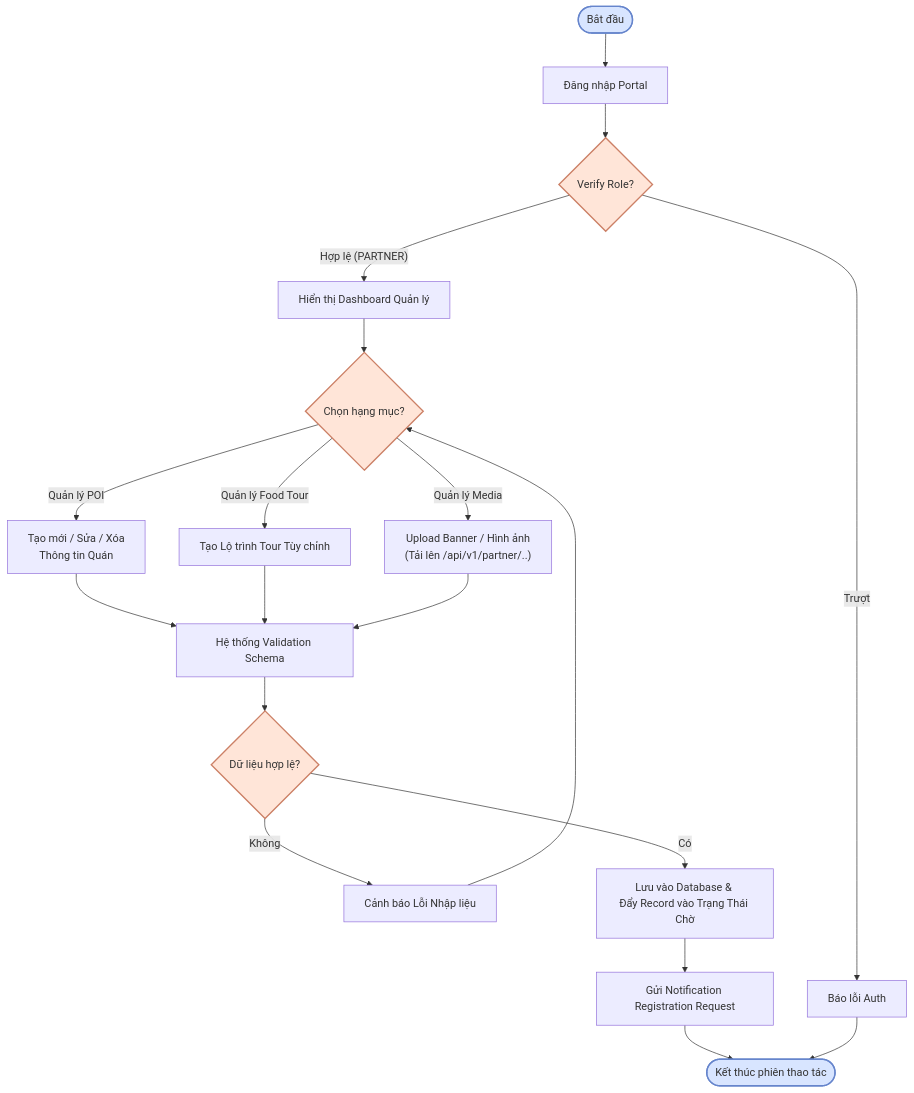
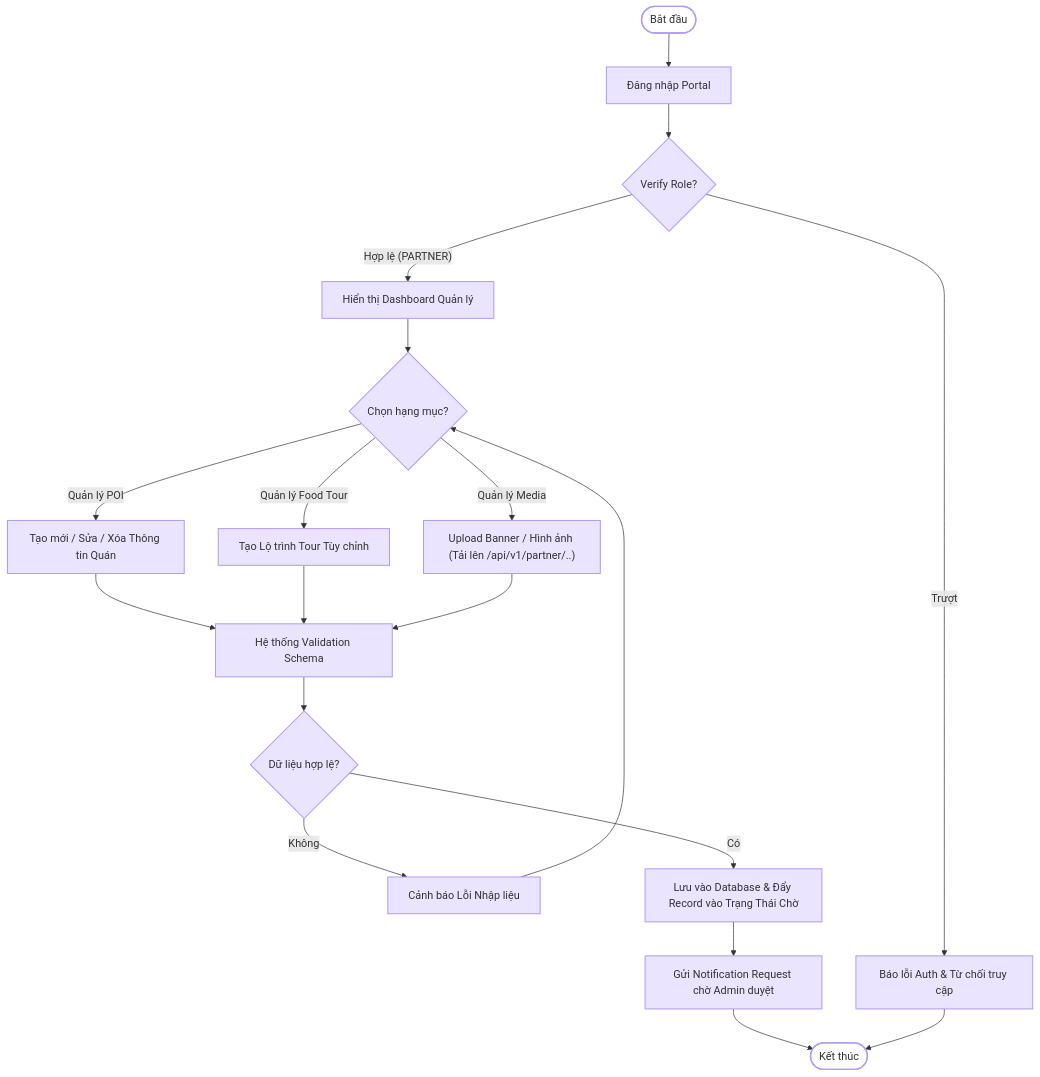
One commit to ngsouthbrother04/PhoAmThuc changed the second of 3 diagrams in docs/diagram-activity.md. Above: the diagram before and after it, drawn with Mermaid. The commit also changed other lines of this file and 3 other files, not shown here.

Commit message:
adjust diagrams

````diff
--- a/docs/diagram-activity.md
+++ b/docs/diagram-activity.md
@@ -53,32 +63,34 @@
 ```mermaid
 flowchart TD
     A([Bắt đầu]) --> B["Đăng nhập Portal"]
     B --> C{"Verify Role?"}
-    C -- "Trượt" --> D["Báo lỗi Auth"]
+    C -- "Trượt" --> D["Báo lỗi Auth & Từ chối truy cập"]
     
     C -- "Hợp lệ (PARTNER)" --> E["Hiển thị Dashboard Quản lý"]
     
     E --> F{"Chọn hạng mục?"}
-    F -- "Quản lý POI" --> G["Tạo mới / Sửa / Xóa <br> Thông tin Quán"]
+    F -- "Quản lý POI" --> G["Tạo mới / Sửa / Xóa Thông tin Quán"]
     F -- "Quản lý Food Tour" --> H["Tạo Lộ trình Tour Tùy chỉnh"]
-    F -- "Quản lý Media" --> I["Upload Banner / Hình ảnh <br> (Tải lên /api/v1/partner/..)"]
+    F -- "Quản lý Media" --> I["Upload Banner / Hình ảnh (Tải lên /api/v1/partner/..)"]
     
     G --> J["Hệ thống Validation Schema"]
     H --> J
     I --> J
     
     J --> K{"Dữ liệu hợp lệ?"}
     K -- "Không" --> L["Cảnh báo Lỗi Nhập liệu"]
     L --> F
     
-    K -- "Có" --> M["Lưu vào Database & <br>Đẩy Record vào Trạng Thái Chờ"]
-    M --> N["Gửi Notification Registration Request"]
-    N --> P([Kết thúc phiên thao tác])
-    
+    K -- "Có" --> M["Lưu vào Database & Đẩy Record vào Trạng Thái Chờ"]
+    M --> N["Gửi Notification Request chờ Admin duyệt"]
+    N --> P([Kết thúc])
     D --> P
     
-    classDef startend fill:#d8e5ff,stroke:#6685cc,stroke-width:2px;
-    classDef condition fill:#ffe5d8,stroke:#cc8066,stroke-width:2px;
+    %% Style adjustments for Purple Theme
+    classDef default fill:#EAE4FF,stroke:#B29AF8,stroke-width:1.5px,color:#333;
+    classDef startend fill:#FFFFFF,stroke:#B29AF8,stroke-width:2px,color:#333;
+    classDef decision fill:#EAE4FF,stroke:#B29AF8,stroke-width:1.5px,color:#333;
+    
     class A,P startend;
-    class C,F,K condition;
+    class C,F,K decision;
 ```
````
